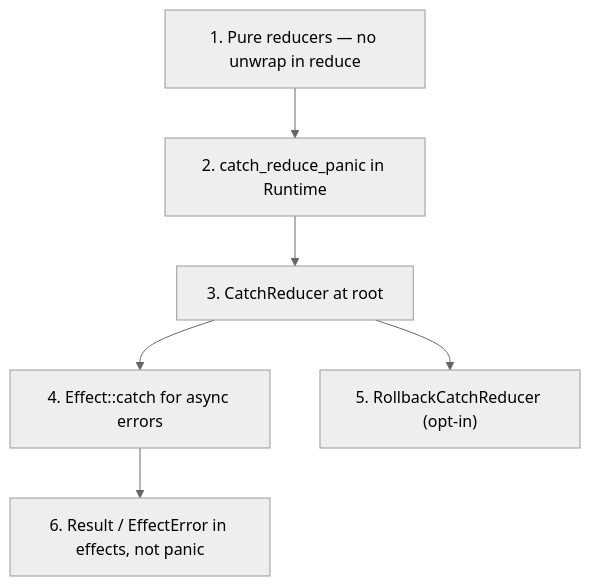
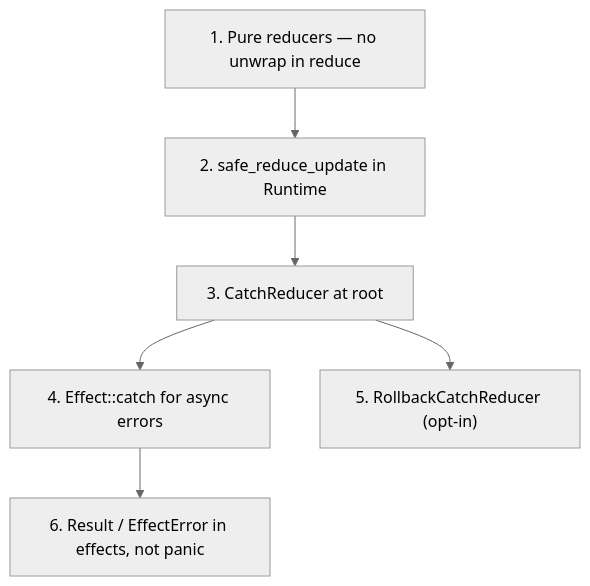
One commit to akashsoni01/rust-key-paths changed the seventh of 8 diagrams in rust-elm/book/architecture.md. Above: the diagram before and after it, drawn with Mermaid (neutral theme). The commit also changed other lines of this file and 13 other files, not shown here.

Commit message:
safe reduce added

````diff
--- a/rust-elm/book/architecture.md
+++ b/rust-elm/book/architecture.md
@@ -304,13 +304,13 @@
 ```mermaid
 flowchart TB
     L1["1. Pure reducers — no unwrap in reduce"]
-    L2["2. catch_reduce_panic in Runtime"]
+    L2["2. safe_reduce_update in Runtime"]
     L3["3. CatchReducer at root"]
     L4["4. Effect::catch for async errors"]
     L5["5. RollbackCatchReducer (opt-in)"]
     L6["6. Result / EffectError in effects, not panic"]
 
     L1 --> L2 --> L3 --> L4
     L3 --> L5
     L4 --> L6
 ```
````
